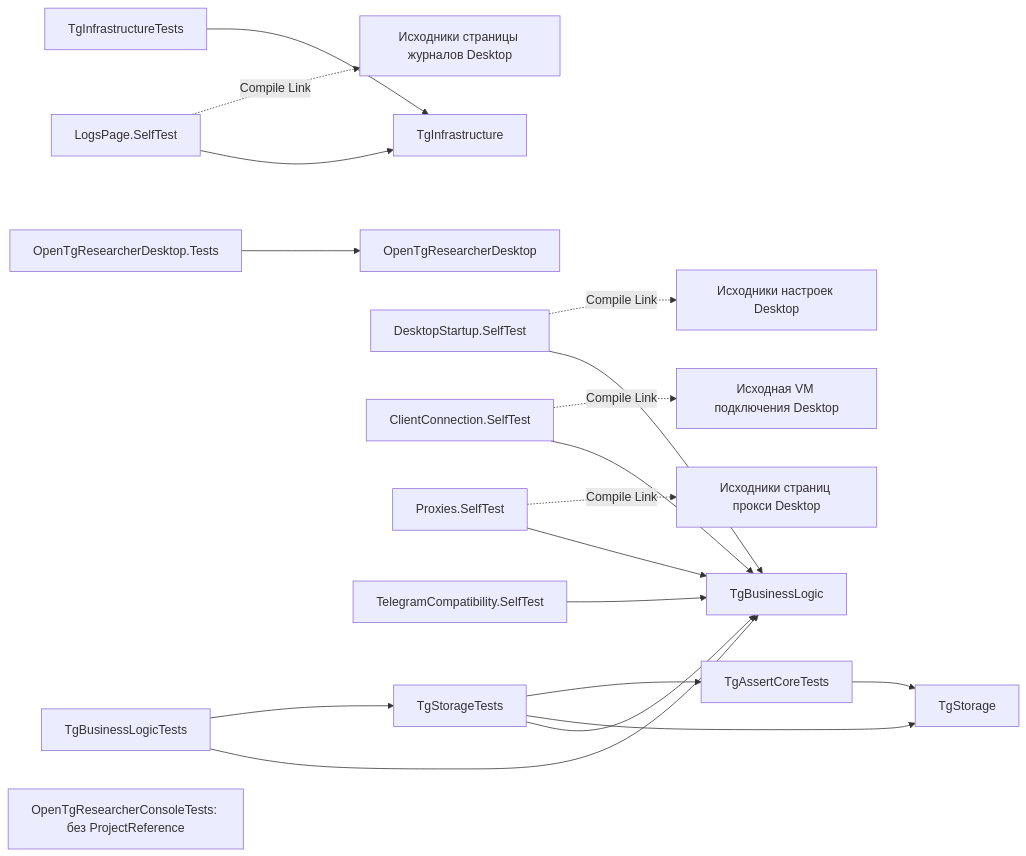
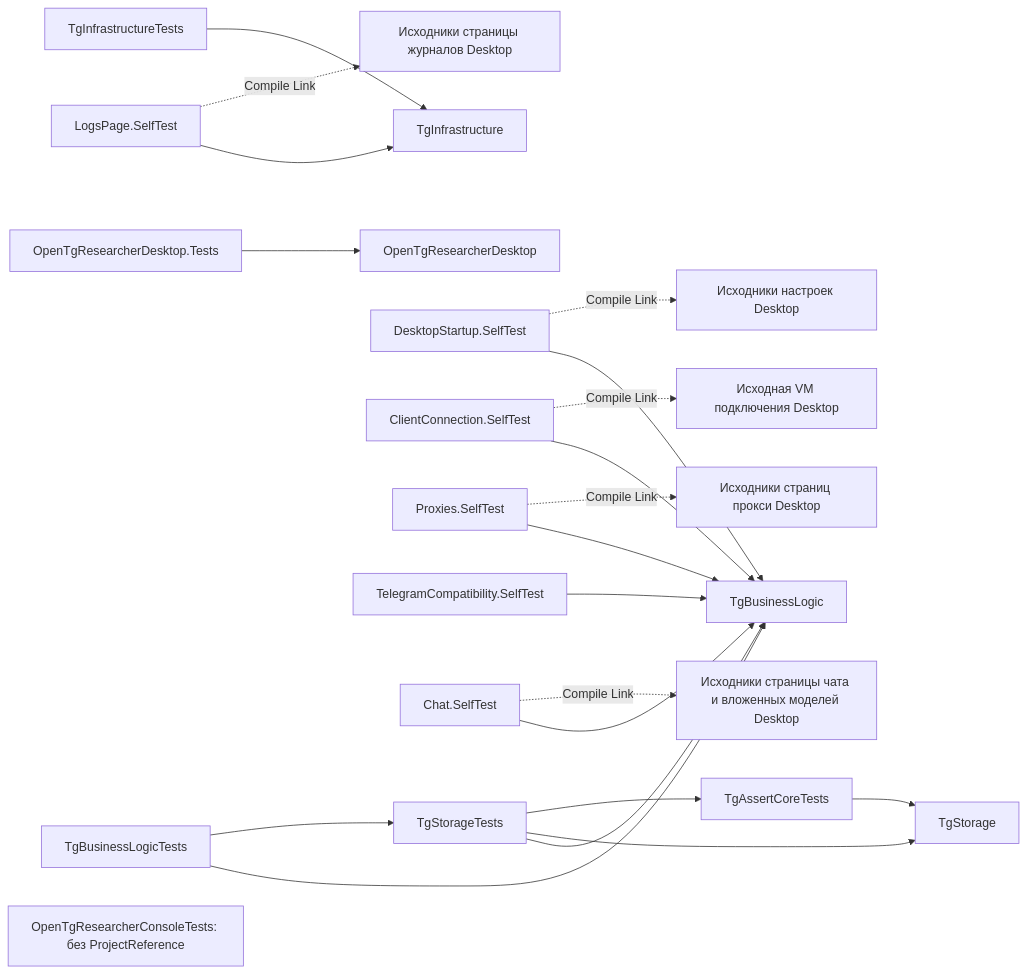
Before and after one commit to DamianMorozov/OpenTgResearcher: the fourth of 4 diagrams in ARCHITECTURE.md, drawn with Mermaid. The commit also changed other lines of this file and 51 other files, not shown here.

````diff
--- a/ARCHITECTURE.md
+++ b/ARCHITECTURE.md
@@ -176,21 +177,23 @@
 ```mermaid
 flowchart LR
     InfraTests["TgInfrastructureTests"] --> Infrastructure["TgInfrastructure"]
     StorageTests["TgStorageTests"] --> Business["TgBusinessLogic"]
     StorageTests --> Storage["TgStorage"]
     StorageTests --> SharedTests["TgAssertCoreTests"]
     SharedTests --> Storage
     BusinessTests["TgBusinessLogicTests"] --> Business
     BusinessTests --> StorageTests
     DesktopTests["OpenTgResearcherDesktop.Tests"] --> Desktop["OpenTgResearcherDesktop"]
     LogsTests["LogsPage.SelfTest"] --> Infrastructure
     StartupTests["DesktopStartup.SelfTest"] --> Business
     ConnectionTests["ClientConnection.SelfTest"] --> Business
     ProxyTests["Proxies.SelfTest"] --> Business
     TelegramCompatibilityTests["TelegramCompatibility.SelfTest"] --> Business
+    ChatTests["Chat.SelfTest"] --> Business
     ConsoleTests["OpenTgResearcherConsoleTests: без ProjectReference"]
     LogsTests -. "Compile Link" .-> LogsSource["Исходники страницы журналов Desktop"]
     StartupTests -. "Compile Link" .-> SettingsSource["Исходники настроек Desktop"]
     ConnectionTests -. "Compile Link" .-> ConnectionSource["Исходная VM подключения Desktop"]
     ProxyTests -. "Compile Link" .-> ProxySource["Исходники страниц прокси Desktop"]
+    ChatTests -. "Compile Link" .-> ChatSource["Исходники страницы чата и вложенных моделей Desktop"]
 ```
````
